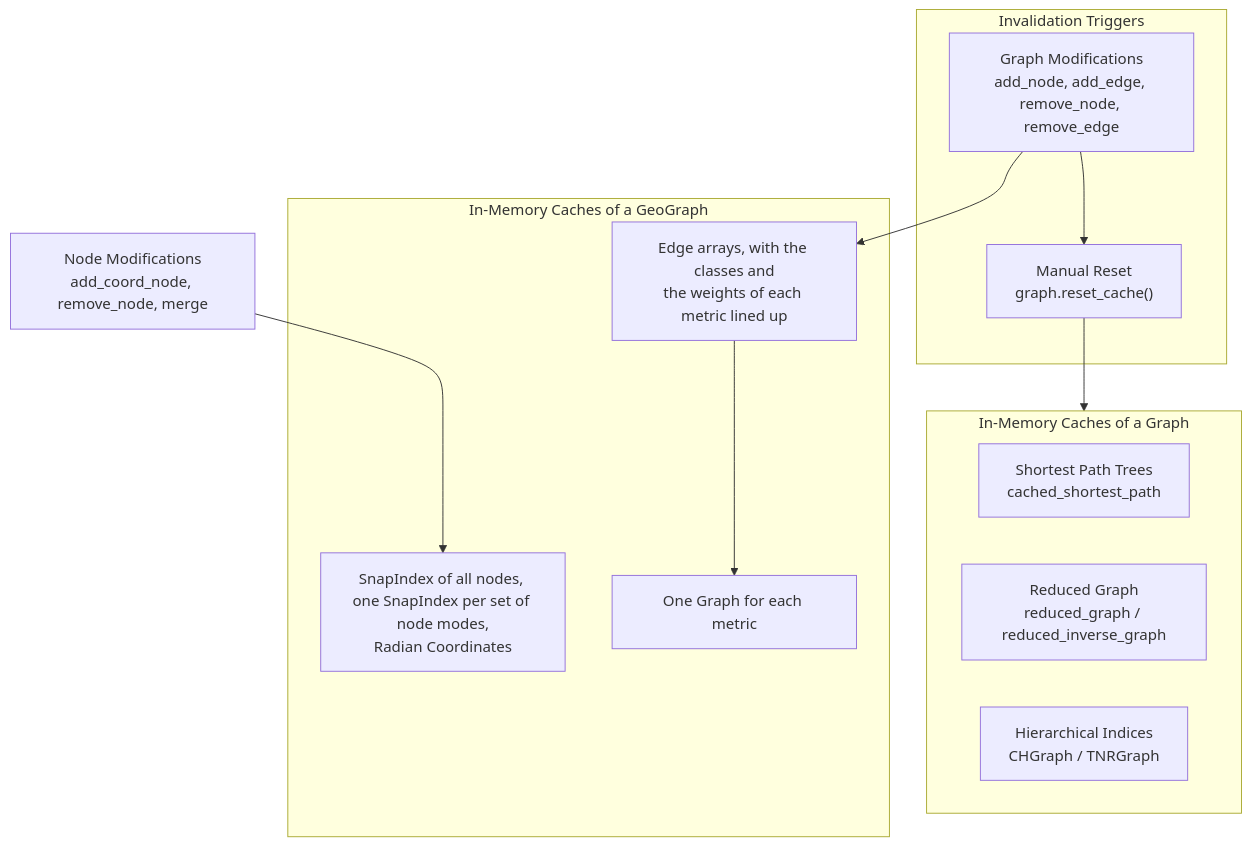
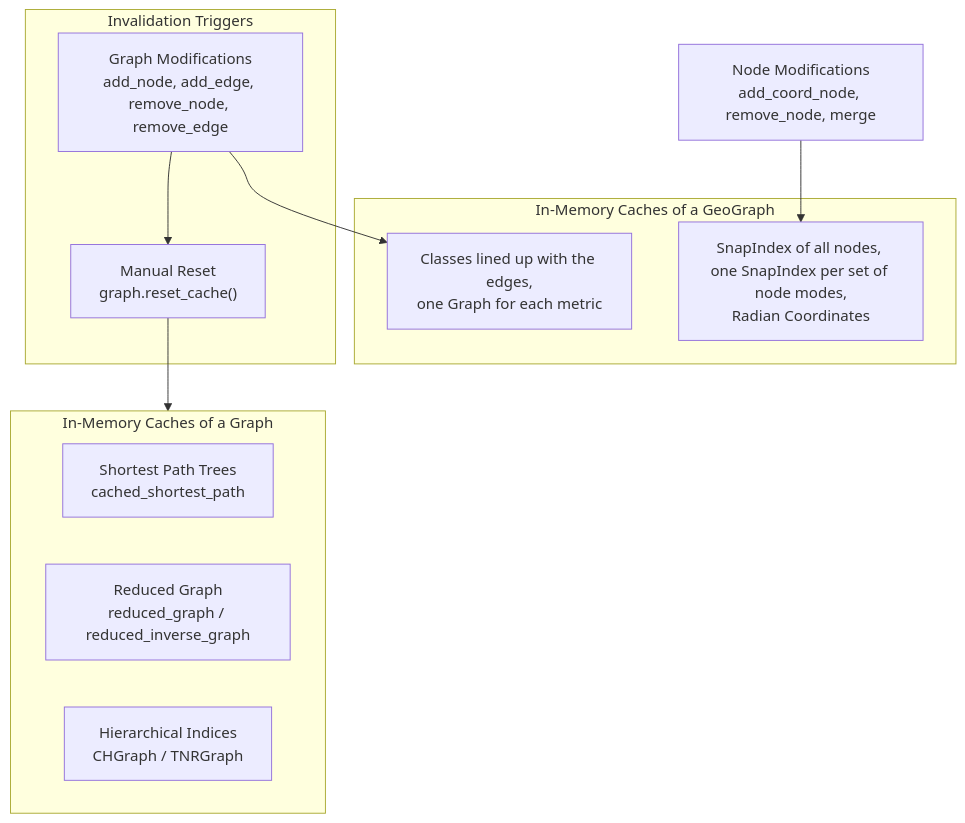
The fourth of 4 diagrams in ARCHITECTURE.md (connor-makowski/scgraph), drawn with Mermaid before and after one commit. The commit also changed other lines of this file and 2 other files, not shown here.

First line of the commit message:
Shorten the architecture and the pipeline guide on the metrics (#287)

````diff
--- a/ARCHITECTURE.md
+++ b/ARCHITECTURE.md
@@ -310,23 +303,21 @@
 ```mermaid
 flowchart TD
     subgraph RAM["In-Memory Caches of a Graph"]
         T["Shortest Path Trees<br/>cached_shortest_path"]
         R["Reduced Graph<br/>reduced_graph / reduced_inverse_graph"]
         H["Hierarchical Indices<br/>CHGraph / TNRGraph"]
     end
     subgraph GEO["In-Memory Caches of a GeoGraph"]
         S["SnapIndex of all nodes, one SnapIndex per set of node modes,<br/>Radian Coordinates"]
-        W["Edge arrays, with the classes and<br/>the weights of each metric lined up"]
-        MG["One Graph for each metric"]
+        W["Classes lined up with the edges,<br/>one Graph for each metric"]
     end
     subgraph Triggers["Invalidation Triggers"]
         M["Graph Modifications<br/>add_node, add_edge, remove_node, remove_edge"]
         C["Manual Reset<br/>graph.reset_cache()"]
     end
     N["Node Modifications<br/>add_coord_node, remove_node, merge"]
     M --> C
     C --> RAM
     M --> W
-    W --> MG
     N --> S
 ```
````
